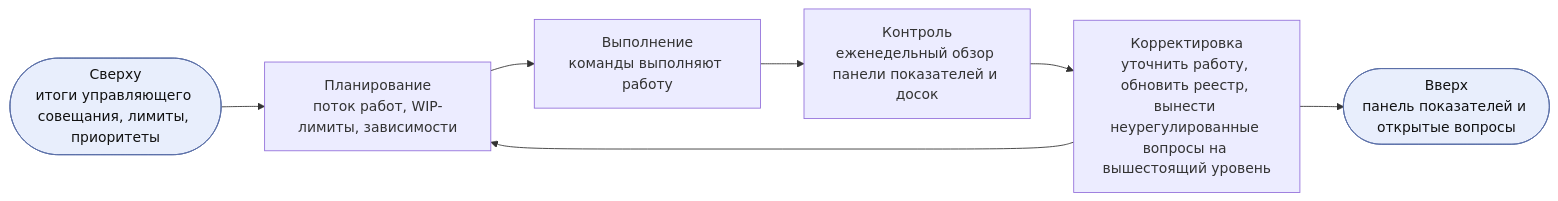
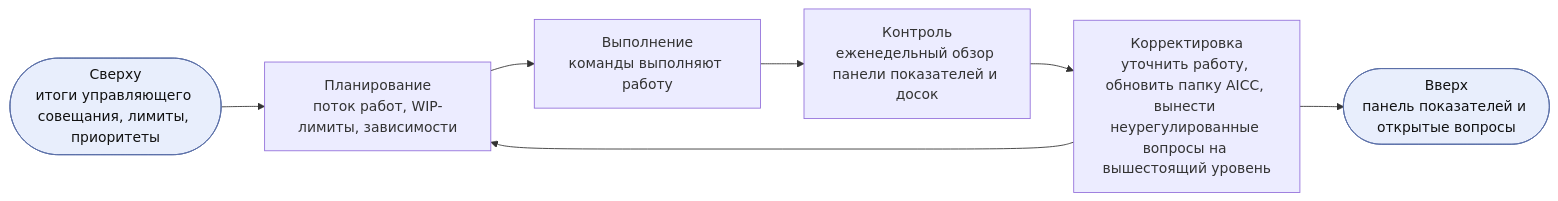
One commit to devhogu/ob-aicc changed the fifth of 8 diagrams in charter/ru/documents/operating-model.md. Above: the diagram before and after it, drawn with Mermaid. The commit also changed other lines of this file and 370 other files, not shown here.

````diff
--- a/charter/ru/documents/operating-model.md
+++ b/charter/ru/documents/operating-model.md
@@ -224,7 +224,7 @@
 ```mermaid
 flowchart LR
   IN(["Сверху<br/>итоги управляющего совещания, лимиты, приоритеты"]):::iface --> P
-  P["Планирование<br/>поток работ, WIP-лимиты, зависимости"] --> D["Выполнение<br/>команды выполняют работу"] --> C["Контроль<br/>еженедельный обзор панели показателей и досок"] --> A["Корректировка<br/>уточнить работу, обновить реестр, вынести неурегулированные вопросы на вышестоящий уровень"] --> P
+  P["Планирование<br/>поток работ, WIP-лимиты, зависимости"] --> D["Выполнение<br/>команды выполняют работу"] --> C["Контроль<br/>еженедельный обзор панели показателей и досок"] --> A["Корректировка<br/>уточнить работу, обновить папку AICC, вынести неурегулированные вопросы на вышестоящий уровень"] --> P
   A --> UP(["Вверх<br/>панель показателей и открытые вопросы"]):::iface
   classDef iface fill:#e8eefc,stroke:#5a6fa8,color:#111
 ```
````
